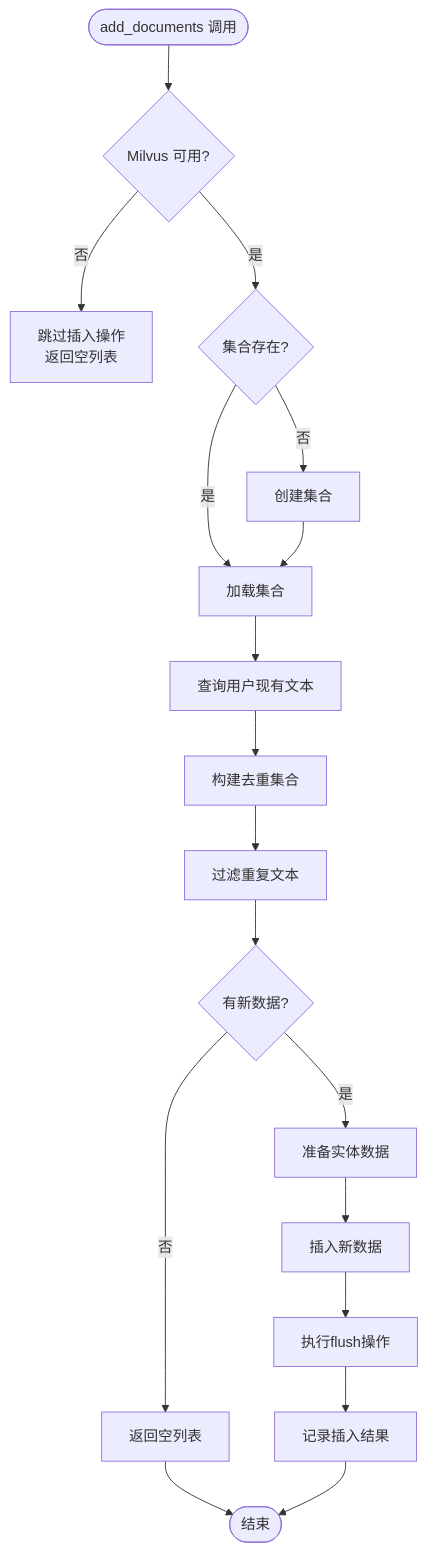
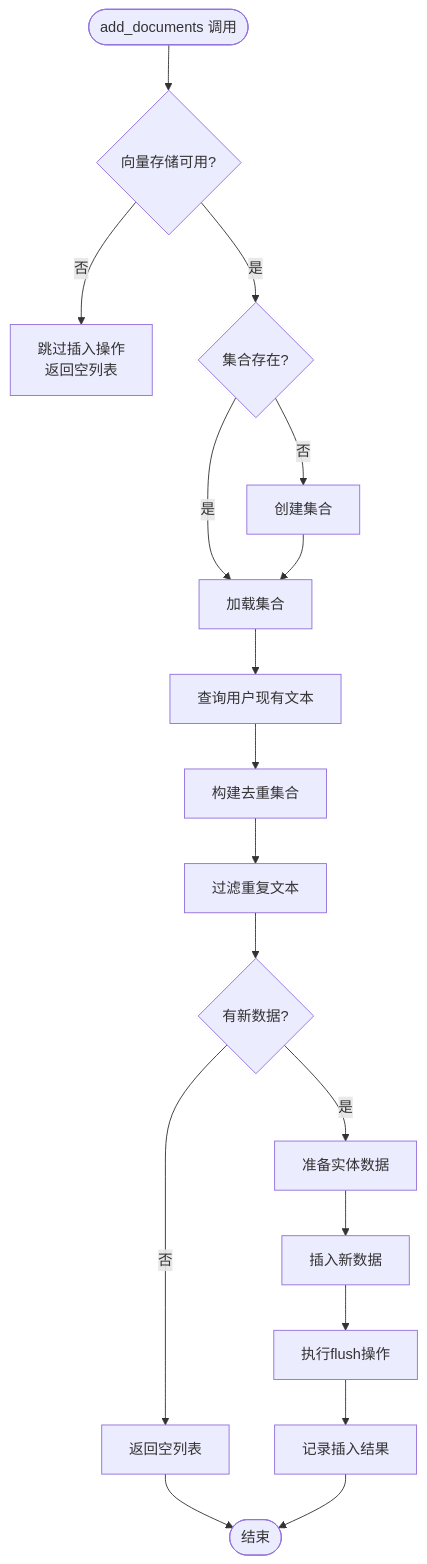
Before and after one commit to ghbbn053-ship-itsoulddog/soulddog: the fourth of 12 diagrams in .qoder/repowiki/zh/content/AI智能问答系统/向量数据库集成/向量数据库集成.md, drawn with Mermaid. The commit also changed other lines of this file and 119 other files, not shown here.

````diff
--- a/.qoder/repowiki/zh/content/AI智能问答系统/向量数据库集成/向量数据库集成.md
+++ b/.qoder/repowiki/zh/content/AI智能问答系统/向量数据库集成/向量数据库集成.md
@@ -181,20 +211,20 @@
 ```mermaid
 flowchart TD
-Start(["add_documents 调用"]) --> CheckAvailable{"Milvus 可用?"}
+Start(["add_documents 调用"]) --> CheckAvailable{"向量存储可用?"}
 CheckAvailable --> |否| SkipInsert["跳过插入操作<br/>返回空列表"]
 CheckAvailable --> |是| CheckCollection{"集合存在?"}
 CheckCollection --> |否| CreateCollection["创建集合"]
 CheckCollection --> |是| LoadCollection["加载集合"]
 CreateCollection --> LoadCollection
 LoadCollection --> QueryExisting["查询用户现有文本"]
 QueryExisting --> BuildSet["构建去重集合"]
 BuildSet --> FilterDuplicates["过滤重复文本"]
 FilterDuplicates --> CheckNewData{"有新数据?"}
 CheckNewData --> |否| ReturnEmpty["返回空列表"]
 CheckNewData --> |是| PrepareEntities["准备实体数据"]
 PrepareEntities --> InsertData["插入新数据"]
 InsertData --> FlushData["执行flush操作"]
 FlushData --> LogResult["记录插入结果"]
 ReturnEmpty --> End(["结束"])
 LogResult --> End
 ```
````
